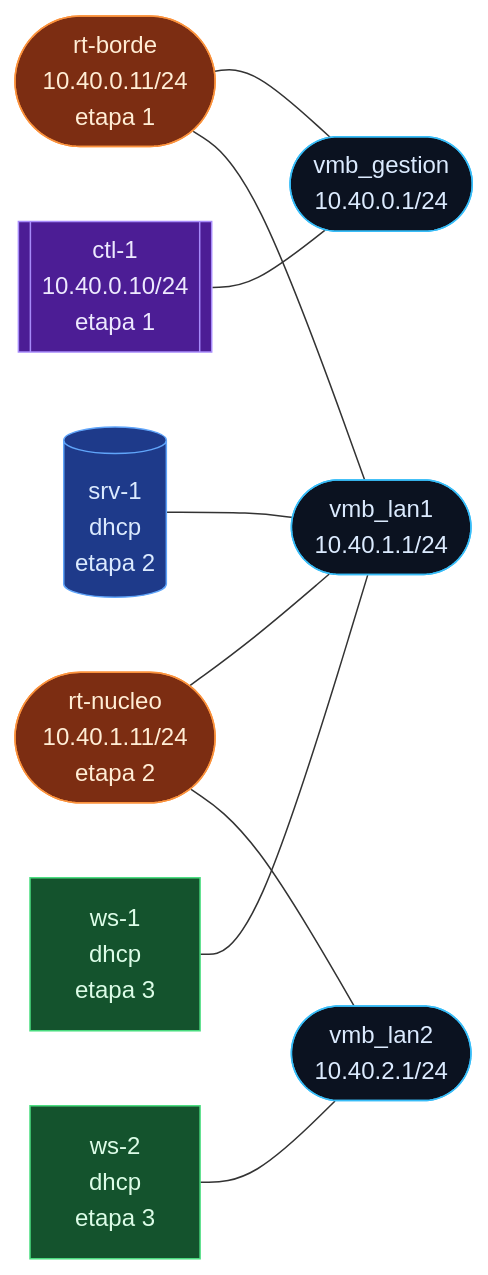
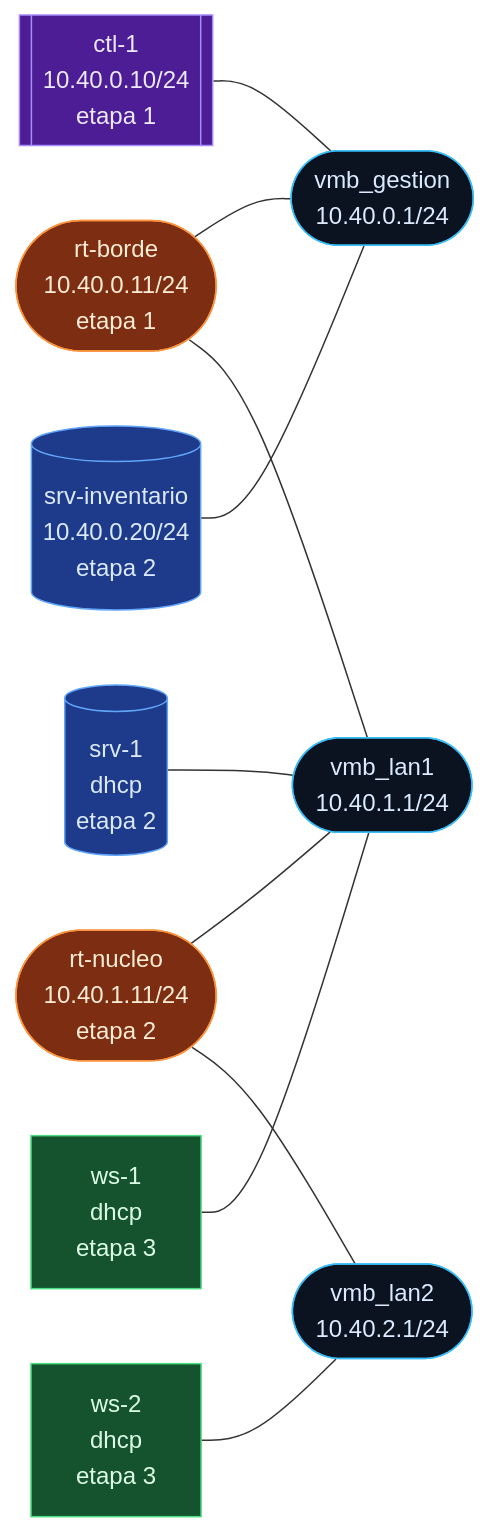
One commit to MagicJF/netlabs-iac changed the diagram in labs/04_lab-red-routeros/04_lab-red-routeros.md. Above: the diagram before and after it, drawn with Mermaid. The commit also changed other lines of this file and 21 other files, not shown here.

````diff
--- a/labs/04_lab-red-routeros/04_lab-red-routeros.md
+++ b/labs/04_lab-red-routeros/04_lab-red-routeros.md
@@ -15,28 +15,30 @@
 ```mermaid
 graph LR
     classDef segmento fill:#0b1220,stroke:#38bdf8,color:#dbeafe;
     classDef salida fill:#111827,stroke:#9ca3af,color:#e5e7eb,stroke-dasharray:4 3;
     classDef rt fill:#7c2d12,stroke:#fb923c,color:#ffedd5;
     classDef fw fill:#701a1a,stroke:#f87171,color:#fee2e2;
     classDef sw fill:#134e4a,stroke:#2dd4bf,color:#ccfbf1;
     classDef srv fill:#1e3a8a,stroke:#60a5fa,color:#dbeafe;
     classDef ws fill:#14532d,stroke:#4ade80,color:#dcfce7;
     classDef ctl fill:#4c1d95,stroke:#a78bfa,color:#ede9fe;
     b_vmb_gestion(["vmb_gestion<br/>10.40.0.1/24"]):::segmento
     b_vmb_lan1(["vmb_lan1<br/>10.40.1.1/24"]):::segmento
     b_vmb_lan2(["vmb_lan2<br/>10.40.2.1/24"]):::segmento
     i_borde(["rt-borde<br/>10.40.0.11/24<br/>etapa 1"]):::rt
     i_borde --- b_vmb_gestion
     i_borde --- b_vmb_lan1
     i_control[["ctl-1<br/>10.40.0.10/24<br/>etapa 1"]]:::ctl
     i_control --- b_vmb_gestion
+    i_inventario[("srv-inventario<br/>10.40.0.20/24<br/>etapa 2")]:::srv
+    i_inventario --- b_vmb_gestion
     i_nucleo(["rt-nucleo<br/>10.40.1.11/24<br/>etapa 2"]):::rt
     i_nucleo --- b_vmb_lan1
     i_nucleo --- b_vmb_lan2
     i_servidor[("srv-1<br/>dhcp<br/>etapa 2")]:::srv
     i_servidor --- b_vmb_lan1
     i_puesto_1["ws-1<br/>dhcp<br/>etapa 3"]:::ws
     i_puesto_1 --- b_vmb_lan1
     i_puesto_2["ws-2<br/>dhcp<br/>etapa 3"]:::ws
     i_puesto_2 --- b_vmb_lan2
 ```
````
